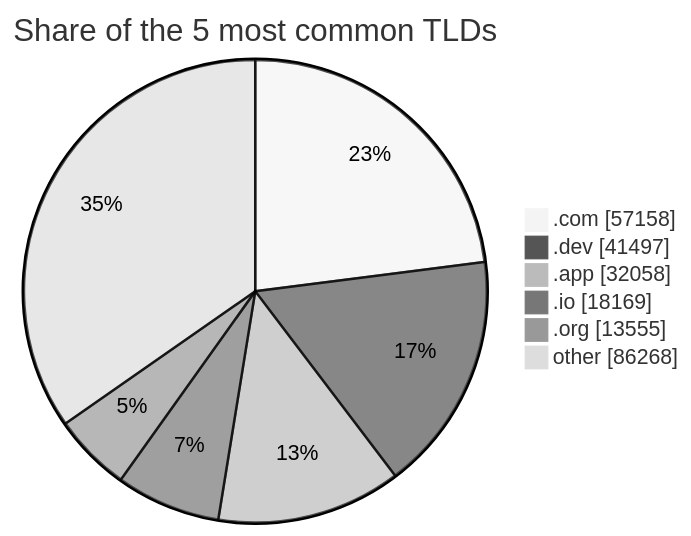
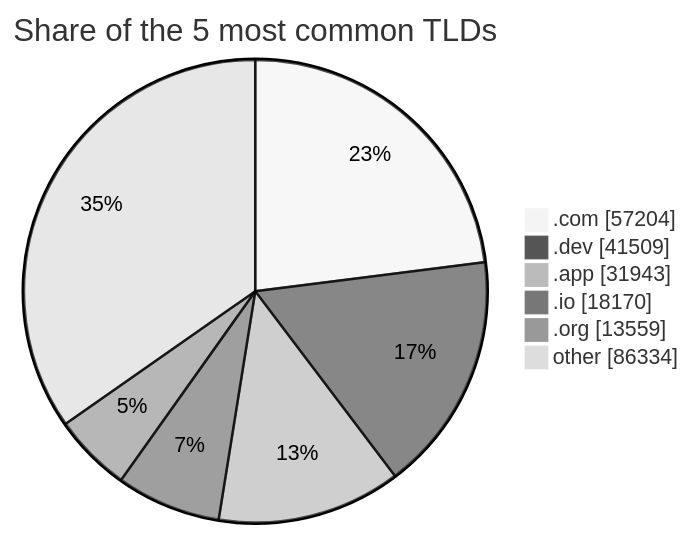
The second of 2 diagrams in README.md (DNSBunker/CTI), drawn with Mermaid (neutral theme) before and after one commit. The commit also changed other lines of this file and 3 other files, not shown here.

````diff
--- a/README.md
+++ b/README.md
@@ -72,9 +72,9 @@
 ```mermaid
 pie showData title Share of the 5 most common TLDs
-    ".com" : 57158
-    ".dev" : 41497
-    ".app" : 32058
-    ".io" : 18169
-    ".org" : 13555
-    "other" : 86268
+    ".com" : 57204
+    ".dev" : 41509
+    ".app" : 31943
+    ".io" : 18170
+    ".org" : 13559
+    "other" : 86334
 ```
````
